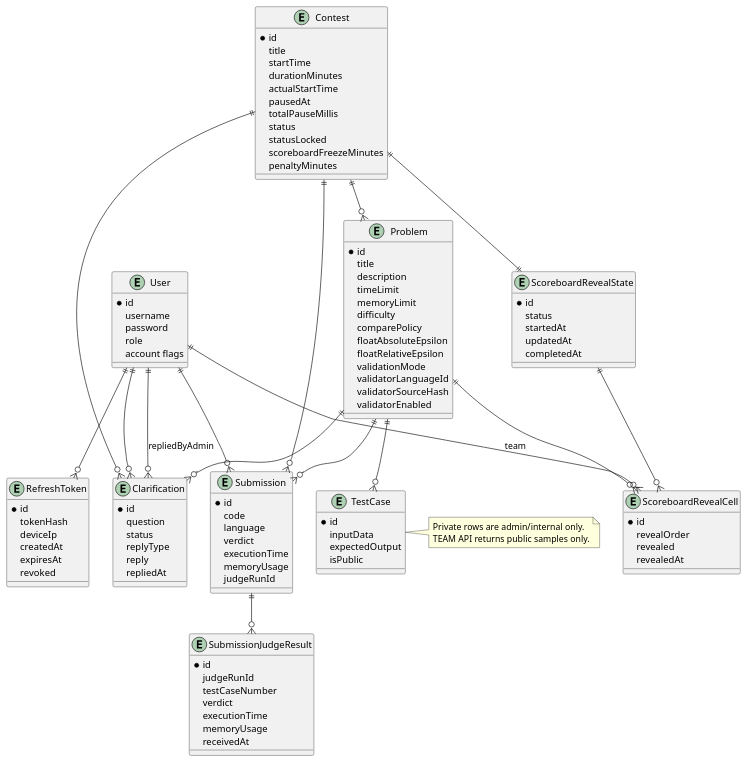
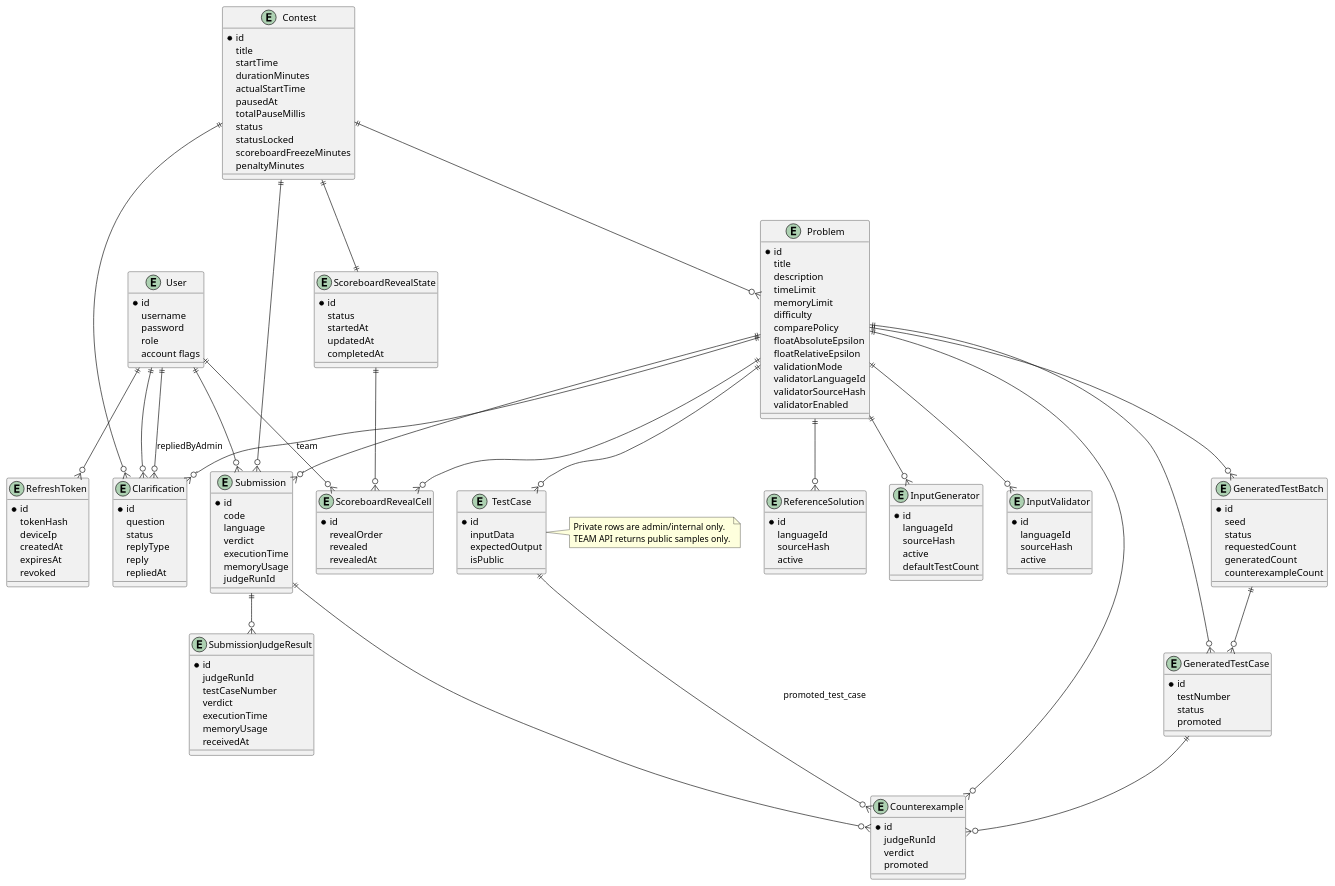
Diagram 15 of 18 in docs/report-rebuild/diagram-prompts.md (AuraC-graduate-project/AuraC2), drawn with PlantUML before and after one commit. The commit also changed other lines of this file and 39 other files, not shown here.

Commit message:
wip(phase-8): start reference oracle and generated tests workflow

```diff
--- a/docs/report-rebuild/diagram-prompts.md
+++ b/docs/report-rebuild/diagram-prompts.md
@@ -729,6 +730,45 @@
   revealed
   revealedAt
 }
+entity ReferenceSolution {
+  * id
+  languageId
+  sourceHash
+  active
+}
+entity InputGenerator {
+  * id
+  languageId
+  sourceHash
+  active
+  defaultTestCount
+}
+entity InputValidator {
+  * id
+  languageId
+  sourceHash
+  active
+}
+entity GeneratedTestBatch {
+  * id
+  seed
+  status
+  requestedCount
+  generatedCount
+  counterexampleCount
+}
+entity GeneratedTestCase {
+  * id
+  testNumber
+  status
+  promoted
+}
+entity Counterexample {
+  * id
+  judgeRunId
+  verdict
+  promoted
+}
 User ||--o{ RefreshToken
 Contest ||--o{ Problem
 Problem ||--o{ TestCase
@@ -744,6 +784,16 @@
 ScoreboardRevealState ||--o{ ScoreboardRevealCell
 User ||--o{ ScoreboardRevealCell : team
 Problem ||--o{ ScoreboardRevealCell
+Problem ||--o{ ReferenceSolution
+Problem ||--o{ InputGenerator
+Problem ||--o{ InputValidator
+Problem ||--o{ GeneratedTestBatch
+GeneratedTestBatch ||--o{ GeneratedTestCase
+Problem ||--o{ GeneratedTestCase
+Problem ||--o{ Counterexample
+Submission ||--o{ Counterexample
+GeneratedTestCase ||--o{ Counterexample
+TestCase ||--o{ Counterexample : promoted_test_case
 note right of TestCase
 Private rows are admin/internal only.
 TEAM API returns public samples only.
```
